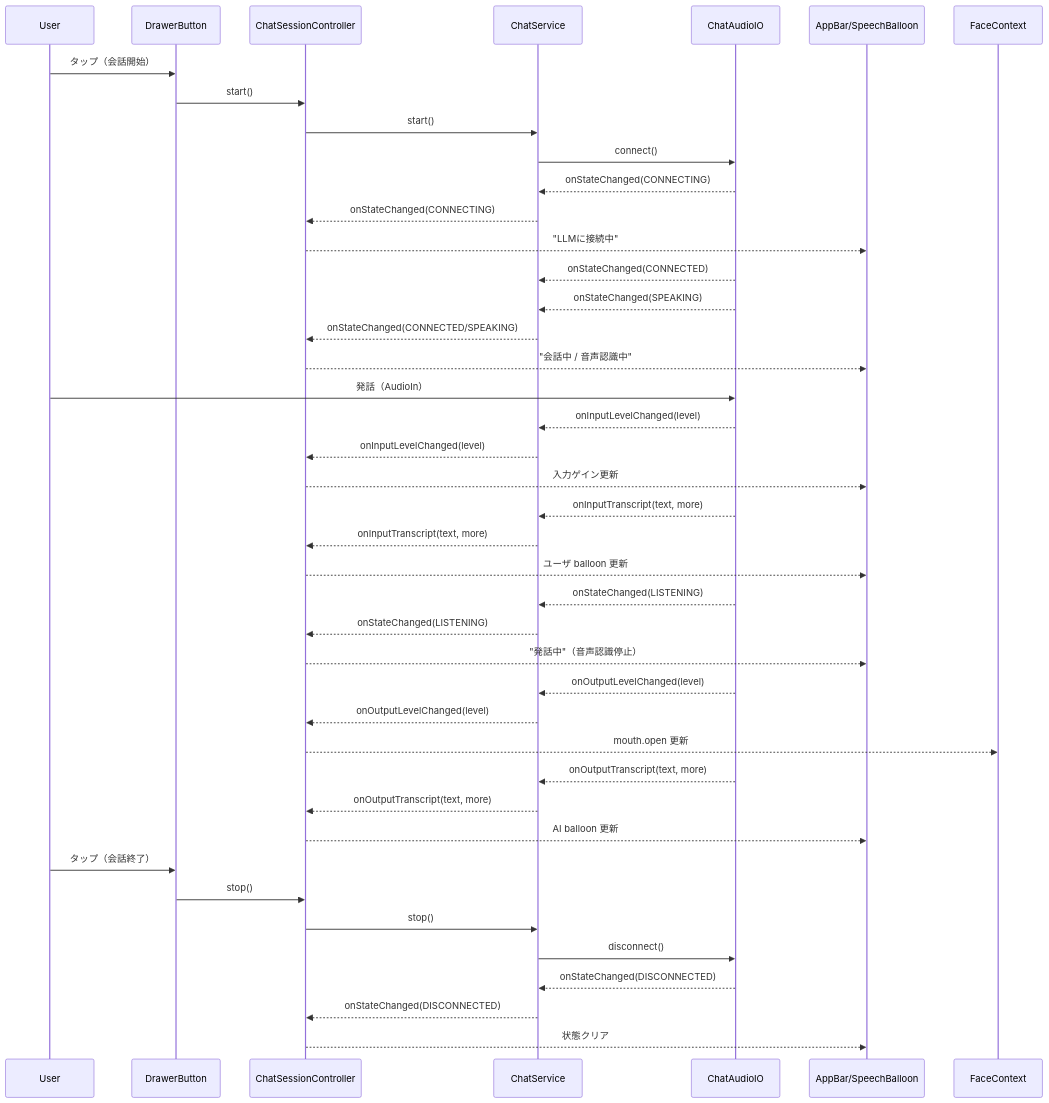
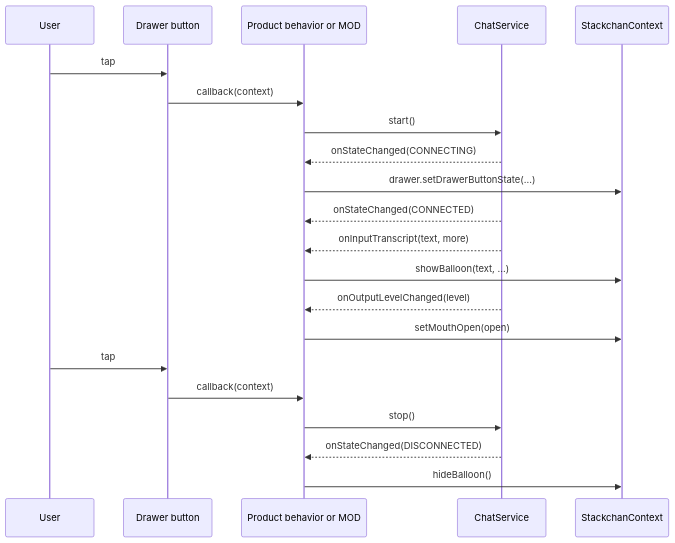
The second of 2 diagrams in firmware/chat.md (stack-chan/stack-chan), drawn with Mermaid before and after one commit. The commit also changed other lines of this file and 13 other files, not shown here.

Commit message:
Complete firmware rearchitecture TODOs

````diff
--- a/firmware/chat.md
+++ b/firmware/chat.md
@@ -153,48 +83,24 @@
 ```mermaid
 sequenceDiagram
   participant User
-  participant DrawerButton as DrawerButton
-  participant ChatController as ChatSessionController
+  participant Drawer as Drawer button
+  participant Behavior as Product behavior or MOD
   participant ChatService as ChatService
-  participant ChatAudioIO as ChatAudioIO
-  participant UI as AppBar/SpeechBalloon
-  participant Face as FaceContext
+  participant Context as StackchanContext
 
-  User->>DrawerButton: タップ（会話開始）
-  DrawerButton->>ChatController: start()
-  ChatController->>ChatService: start()
-  ChatService->>ChatAudioIO: connect()
-  ChatAudioIO-->>ChatService: onStateChanged(CONNECTING)
-  ChatService-->>ChatController: onStateChanged(CONNECTING)
-  ChatController-->>UI: "LLMに接続中"
-  ChatAudioIO-->>ChatService: onStateChanged(CONNECTED)
-  ChatAudioIO-->>ChatService: onStateChanged(SPEAKING)
-  ChatService-->>ChatController: onStateChanged(CONNECTED/SPEAKING)
-  ChatController-->>UI: "会話中 / 音声認識中"
-
-  User->>ChatAudioIO: 発話（AudioIn）
-  ChatAudioIO-->>ChatService: onInputLevelChanged(level)
-  ChatService-->>ChatController: onInputLevelChanged(level)
-  ChatController-->>UI: 入力ゲイン更新
-  ChatAudioIO-->>ChatService: onInputTranscript(text, more)
-  ChatService-->>ChatController: onInputTranscript(text, more)
-  ChatController-->>UI: ユーザ balloon 更新
-
-  ChatAudioIO-->>ChatService: onStateChanged(LISTENING)
-  ChatService-->>ChatController: onStateChanged(LISTENING)
-  ChatController-->>UI: "発話中"（音声認識停止）
-  ChatAudioIO-->>ChatService: onOutputLevelChanged(level)
-  ChatService-->>ChatController: onOutputLevelChanged(level)
-  ChatController-->>Face: mouth.open 更新
-  ChatAudioIO-->>ChatService: onOutputTranscript(text, more)
-  ChatService-->>ChatController: onOutputTranscript(text, more)
-  ChatController-->>UI: AI balloon 更新
-
-  User->>DrawerButton: タップ（会話終了）
-  DrawerButton->>ChatController: stop()
-  ChatController->>ChatService: stop()
-  ChatService->>ChatAudioIO: disconnect()
-  ChatAudioIO-->>ChatService: onStateChanged(DISCONNECTED)
-  ChatService-->>ChatController: onStateChanged(DISCONNECTED)
-  ChatController-->>UI: 状態クリア
+  User->>Drawer: tap
+  Drawer->>Behavior: callback(context)
+  Behavior->>ChatService: start()
+  ChatService-->>Behavior: onStateChanged(CONNECTING)
+  Behavior->>Context: drawer.setDrawerButtonState(...)
+  ChatService-->>Behavior: onStateChanged(CONNECTED)
+  ChatService-->>Behavior: onInputTranscript(text, more)
+  Behavior->>Context: showBalloon(text, ...)
+  ChatService-->>Behavior: onOutputLevelChanged(level)
+  Behavior->>Context: setMouthOpen(open)
+  User->>Drawer: tap
+  Drawer->>Behavior: callback(context)
+  Behavior->>ChatService: stop()
+  ChatService-->>Behavior: onStateChanged(DISCONNECTED)
+  Behavior->>Context: hideBalloon()
 ```
````
